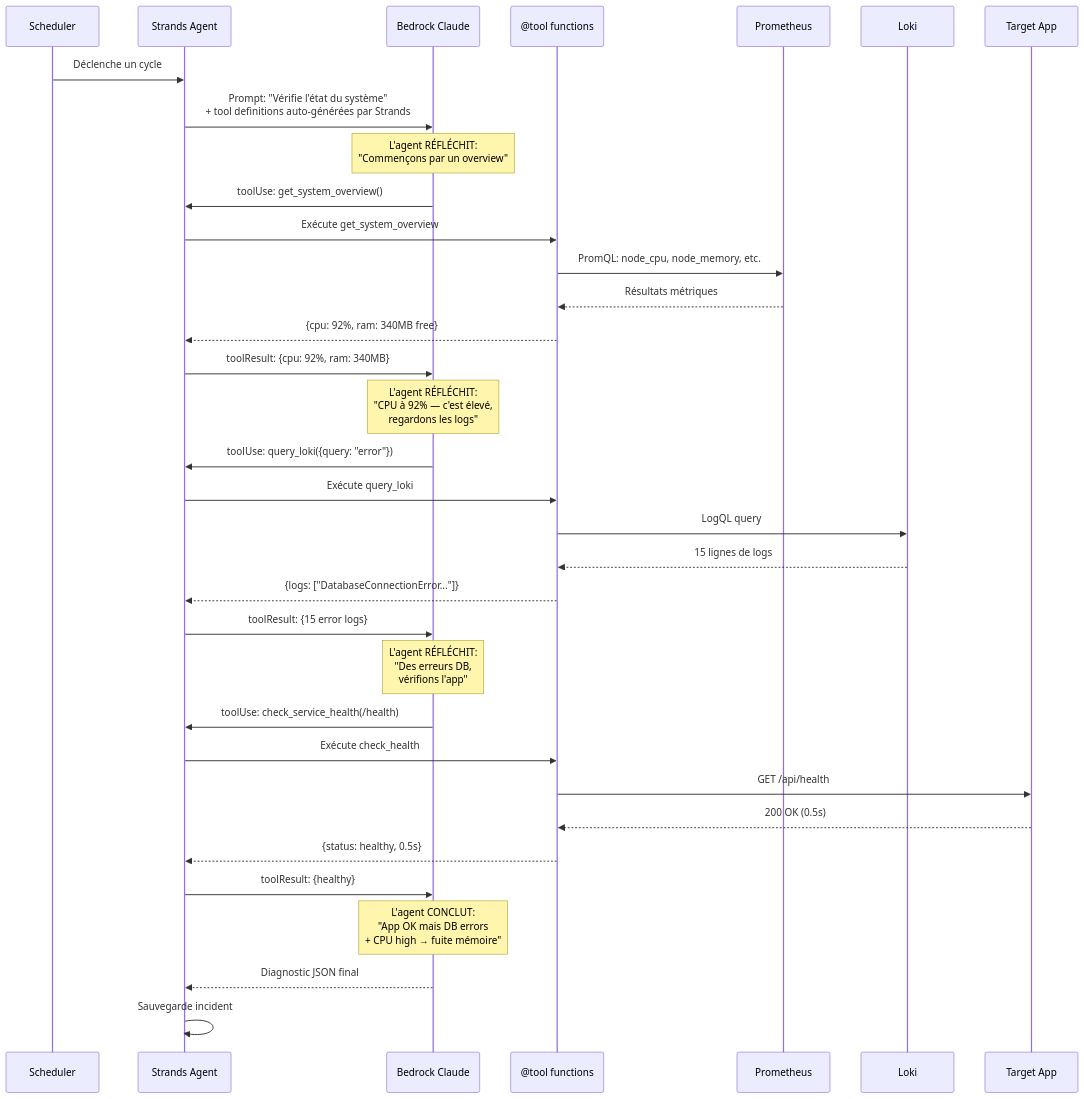
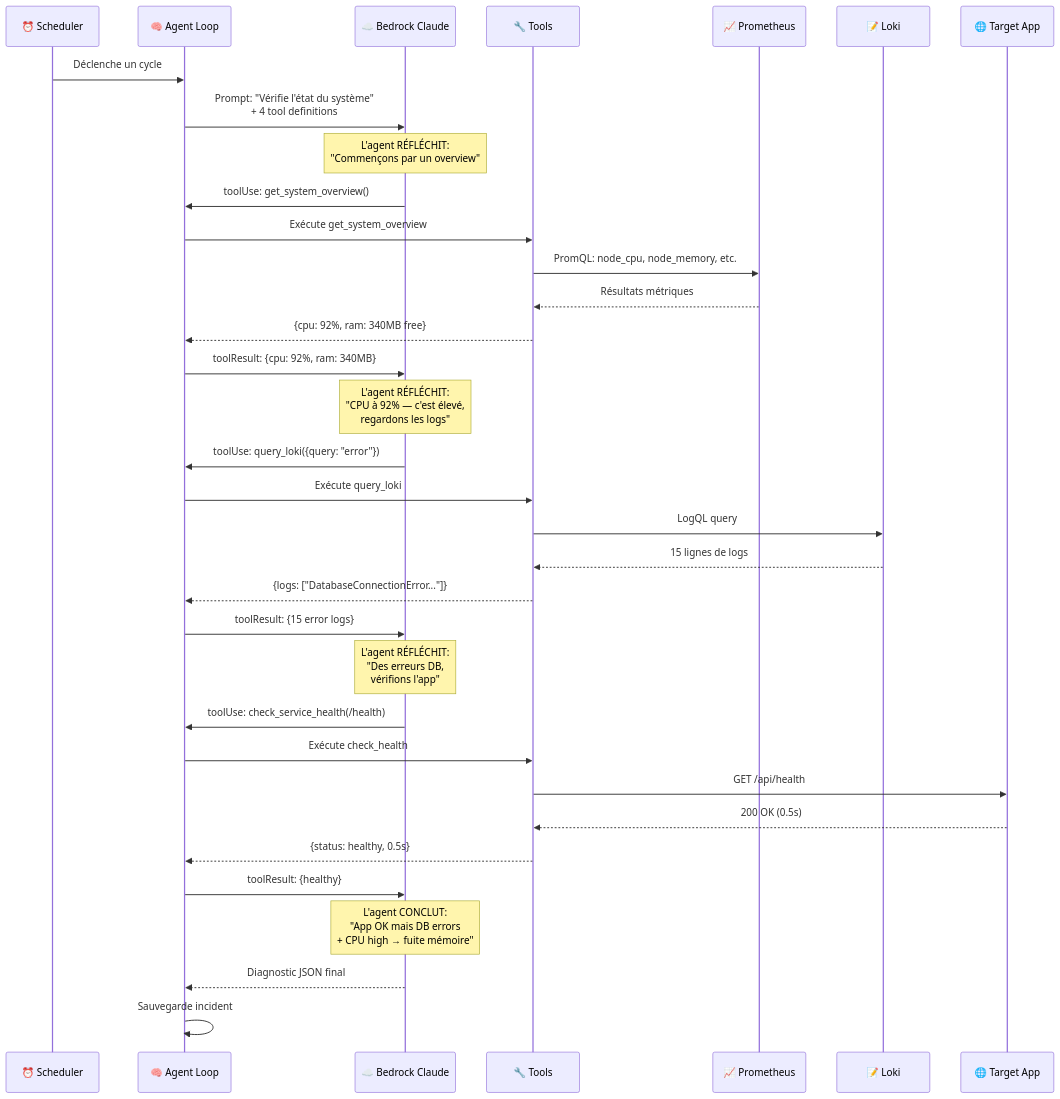
The fourth of 6 diagrams in README.md (RIKIEL-K/monitoring-ia), drawn with Mermaid before and after one commit. The commit also changed other lines of this file, not shown here.

First line of the commit message:
Revise README for AI agent features and tools

````diff
--- a/README.md
+++ b/README.md
@@ -101,41 +102,41 @@
 ```mermaid
 sequenceDiagram
-    participant S as  Scheduler
-    participant L as  Strands Agent
-    participant B as  Bedrock Claude
-    participant T as  @tool functions
-    participant P as  Prometheus
-    participant K as  Loki
-    participant A as  Target App
+    participant S as ⏰ Scheduler
+    participant L as 🧠 Agent Loop
+    participant B as ☁️ Bedrock Claude
+    participant T as 🔧 Tools
+    participant P as 📈 Prometheus
+    participant K as 📝 Loki
+    participant A as 🌐 Target App
 
     S->>L: Déclenche un cycle
-    L->>B: Prompt: "Vérifie l'état du système"<br/>+ tool definitions auto-générées par Strands
+    L->>B: Prompt: "Vérifie l'état du système"<br/>+ 4 tool definitions
     
     Note over B: L'agent RÉFLÉCHIT:<br/>"Commençons par un overview"
     B->>L: toolUse: get_system_overview()
     L->>T: Exécute get_system_overview
     T->>P: PromQL: node_cpu, node_memory, etc.
     P-->>T: Résultats métriques
     T-->>L: {cpu: 92%, ram: 340MB free}
     L->>B: toolResult: {cpu: 92%, ram: 340MB}
     
     Note over B: L'agent RÉFLÉCHIT:<br/>"CPU à 92% — c'est élevé,<br/>regardons les logs"
     B->>L: toolUse: query_loki({query: "error"})
     L->>T: Exécute query_loki
     T->>K: LogQL query
     K-->>T: 15 lignes de logs
     T-->>L: {logs: ["DatabaseConnectionError..."]}
     L->>B: toolResult: {15 error logs}
     
     Note over B: L'agent RÉFLÉCHIT:<br/>"Des erreurs DB,<br/>vérifions l'app"
     B->>L: toolUse: check_service_health(/health)
     L->>T: Exécute check_health
     T->>A: GET /api/health
     A-->>T: 200 OK (0.5s)
     T-->>L: {status: healthy, 0.5s}
     L->>B: toolResult: {healthy}
     
     Note over B: L'agent CONCLUT:<br/>"App OK mais DB errors<br/>+ CPU high → fuite mémoire"
     B-->>L: Diagnostic JSON final
     L->>L: Sauvegarde incident
 ```
````
